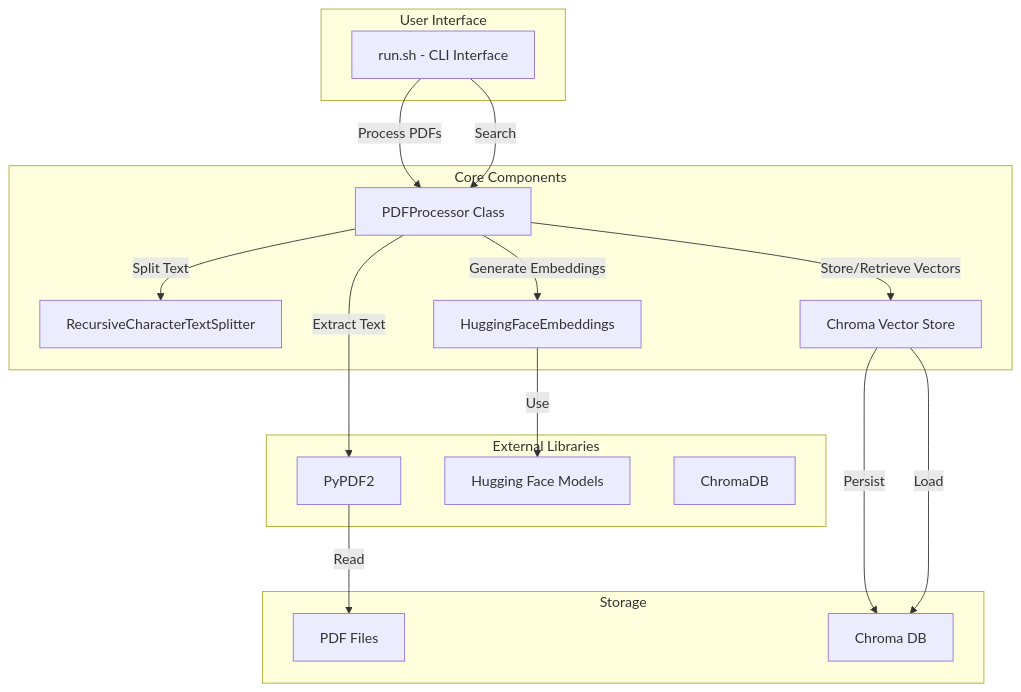
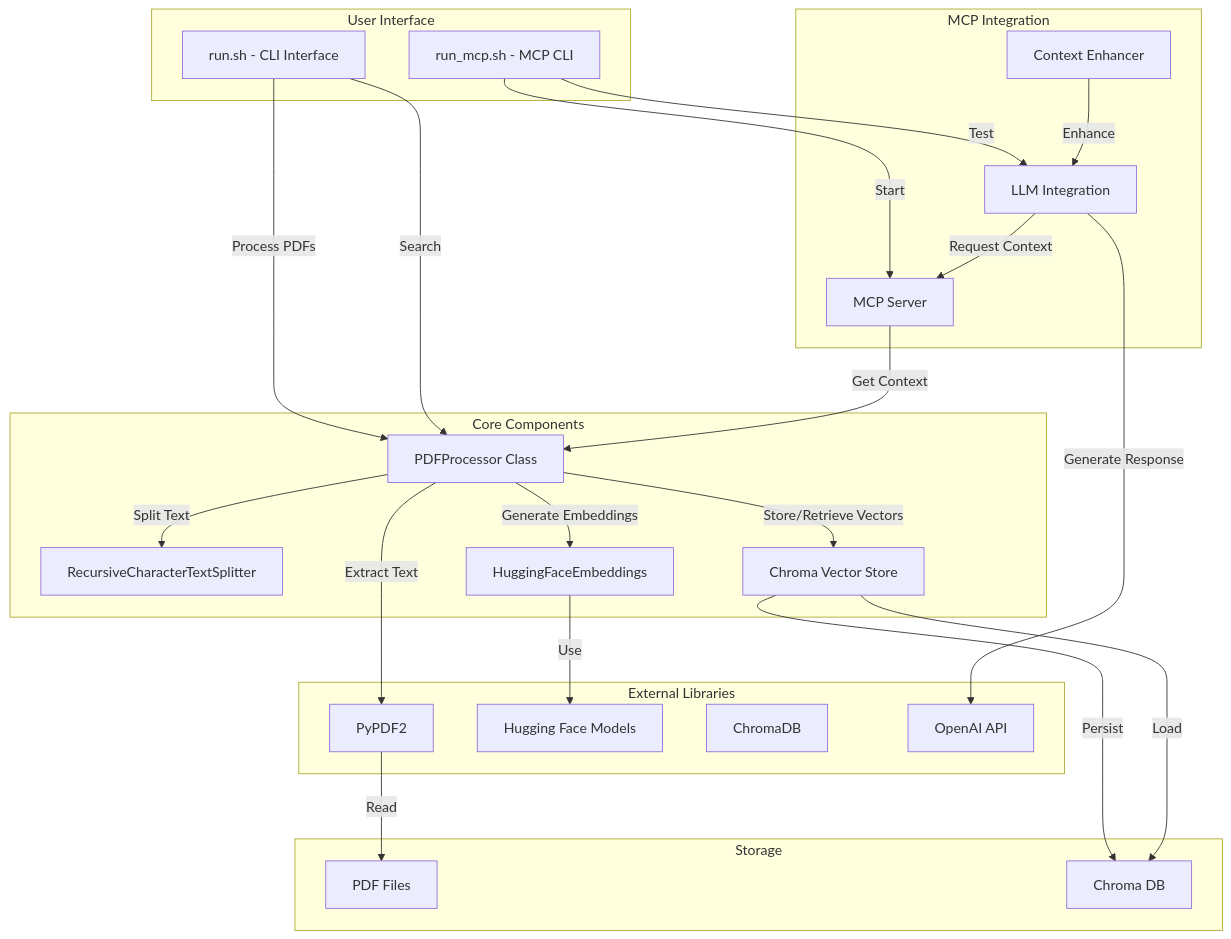
One commit to pnandi/vector-search changed the diagram in architecture_diagrams/architecture.md. Above: the diagram before and after it, drawn with Mermaid. The commit also changed other lines of this file and 2 other files, not shown here.

First line of the commit message:
architecture diagram updates

````diff
--- a/architecture_diagrams/architecture.md
+++ b/architecture_diagrams/architecture.md
@@ -11,37 +13,54 @@
 ```mermaid
 graph TD
     subgraph "User Interface"
         UI[run.sh - CLI Interface]
+        MCPUI[run_mcp.sh - MCP CLI]
     end
 
     subgraph "Core Components"
         PDFProcessor[PDFProcessor Class]
         TextSplitter[RecursiveCharacterTextSplitter]
         Embeddings[HuggingFaceEmbeddings]
         VectorStore[Chroma Vector Store]
     end
 
+    subgraph "MCP Integration"
+        MCPServer[MCP Server]
+        LLMIntegration[LLM Integration]
+        ContextEnhancer[Context Enhancer]
+    end
+
     subgraph "External Libraries"
         PyPDF2[PyPDF2]
         HuggingFace[Hugging Face Models]
         ChromaDB[ChromaDB]
+        OpenAI[OpenAI API]
     end
 
     subgraph "Storage"
         PDFs[PDF Files]
         DB[Chroma DB]
     end
 
     UI -->|Process PDFs| PDFProcessor
     UI -->|Search| PDFProcessor
-    
+
+    MCPUI -->|Start| MCPServer
+    MCPUI -->|Test| LLMIntegration
+
+    MCPServer -->|Get Context| PDFProcessor
+    LLMIntegration -->|Request Context| MCPServer
+    LLMIntegration -->|Generate Response| OpenAI
+
     PDFProcessor -->|Extract Text| PyPDF2
     PDFProcessor -->|Split Text| TextSplitter
     PDFProcessor -->|Generate Embeddings| Embeddings
     PDFProcessor -->|Store/Retrieve Vectors| VectorStore
-    
+
     PyPDF2 -->|Read| PDFs
     Embeddings -->|Use| HuggingFace
     VectorStore -->|Persist| DB
     VectorStore -->|Load| DB
+
+    ContextEnhancer -->|Enhance| LLMIntegration
 ```
````
